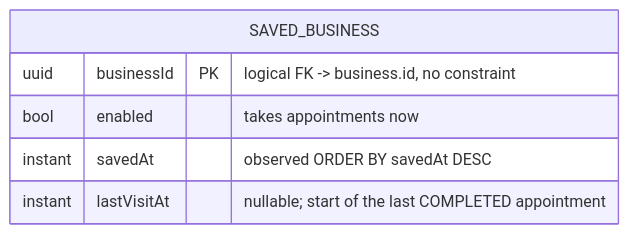
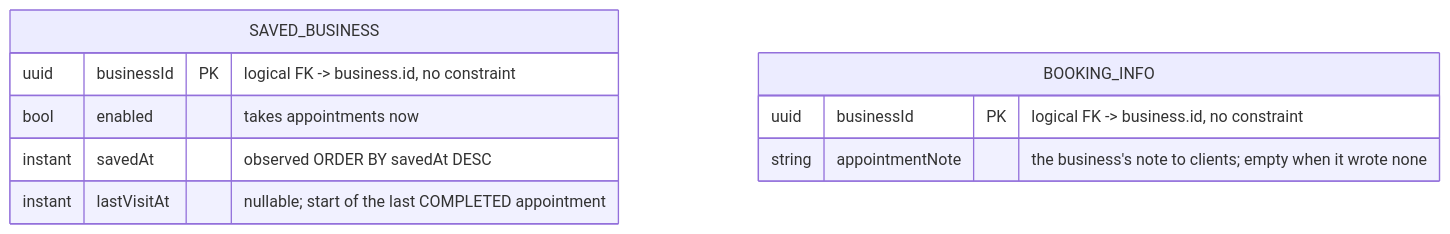
Before and after one commit to nocturneproperties/bookkme-client: the second of 2 diagrams in docs/database/appointments.md, drawn with Mermaid. The commit also changed other lines of this file and 88 other files, not shown here.

````diff
--- a/docs/database/appointments.md
+++ b/docs/database/appointments.md
@@ -183,9 +183,13 @@
 ```mermaid
 erDiagram
     SAVED_BUSINESS {
         uuid businessId PK "logical FK -> business.id, no constraint"
         bool enabled "takes appointments now"
         instant savedAt "observed ORDER BY savedAt DESC"
         instant lastVisitAt "nullable; start of the last COMPLETED appointment"
     }
+    BOOKING_INFO {
+        uuid businessId PK "logical FK -> business.id, no constraint"
+        string appointmentNote "the business's note to clients; empty when it wrote none"
+    }
 ```
````
